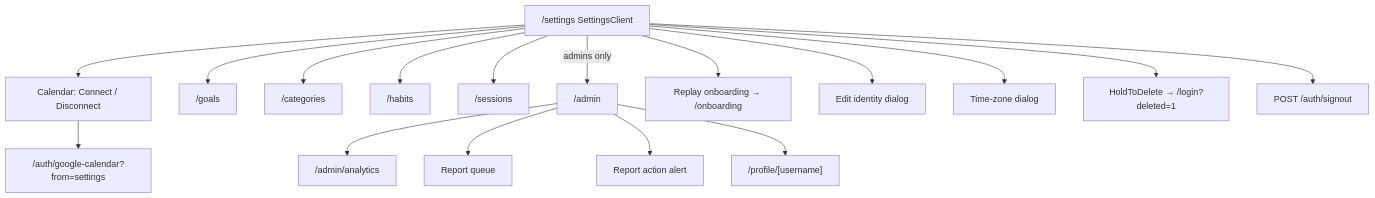
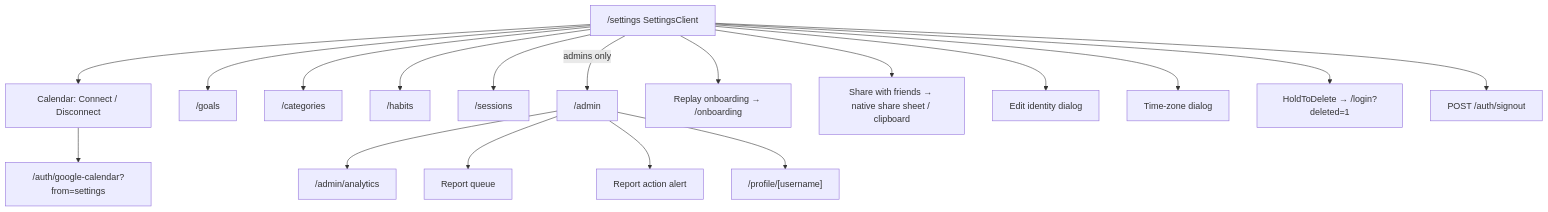
Before and after one commit to iroybisw47/progra: the seventh of 7 diagrams in docs/SCREENS.md, drawn with Mermaid. The commit also changed other lines of this file and 2 other files, not shown here.

First line of the commit message:
Document patch notes, You-page editing and the Settings share

````diff
--- a/docs/SCREENS.md
+++ b/docs/SCREENS.md
@@ -306,19 +314,20 @@
 ```mermaid
 flowchart TD
   settings["/settings SettingsClient"] --> cal["Calendar: Connect / Disconnect"]
   cal --> gcal["/auth/google-calendar?from=settings"]
   settings --> goals["/goals"]
   settings --> categories["/categories"]
   settings --> habits["/habits"]
   settings --> sessions["/sessions"]
   settings -->|admins only| admin["/admin"]
   admin --> analytics["/admin/analytics"]
   settings --> replay["Replay onboarding → /onboarding"]
+  settings --> shareapp["Share with friends → native share sheet / clipboard"]
   settings --> editid["Edit identity dialog"]
   settings --> tz["Time-zone dialog"]
   settings --> hold["HoldToDelete → /login?deleted=1"]
   settings --> signout["POST /auth/signout"]
   admin --> queue["Report queue"]
   admin --> repaction["Report action alert"]
   admin --> prof["/profile/[username]"]
 ```
````
